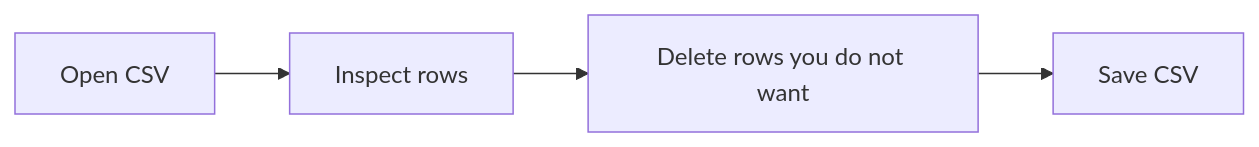
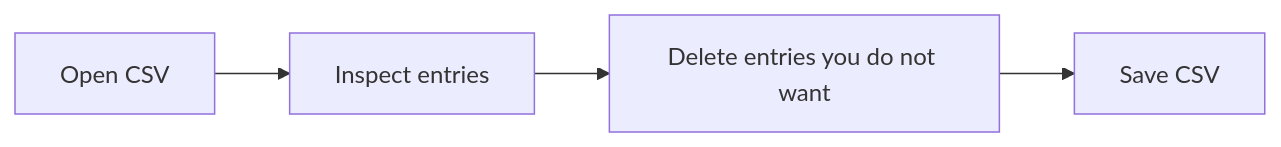
Before and after one commit to idahotallpaul/work-search-reporter: the fourth of 5 diagrams in README.md, drawn with Mermaid. The commit also changed other lines of this file and 5 other files, not shown here.

````diff
--- a/README.md
+++ b/README.md
@@ -109,6 +87,6 @@
 ```mermaid
 flowchart LR
-  A["Open CSV"] --> B["Inspect rows"]
-  B --> C["Delete rows you do not want"]
+  A["Open CSV"] --> B["Inspect entries"]
+  B --> C["Delete entries you do not want"]
   C --> D["Save CSV"]
 ```
````
